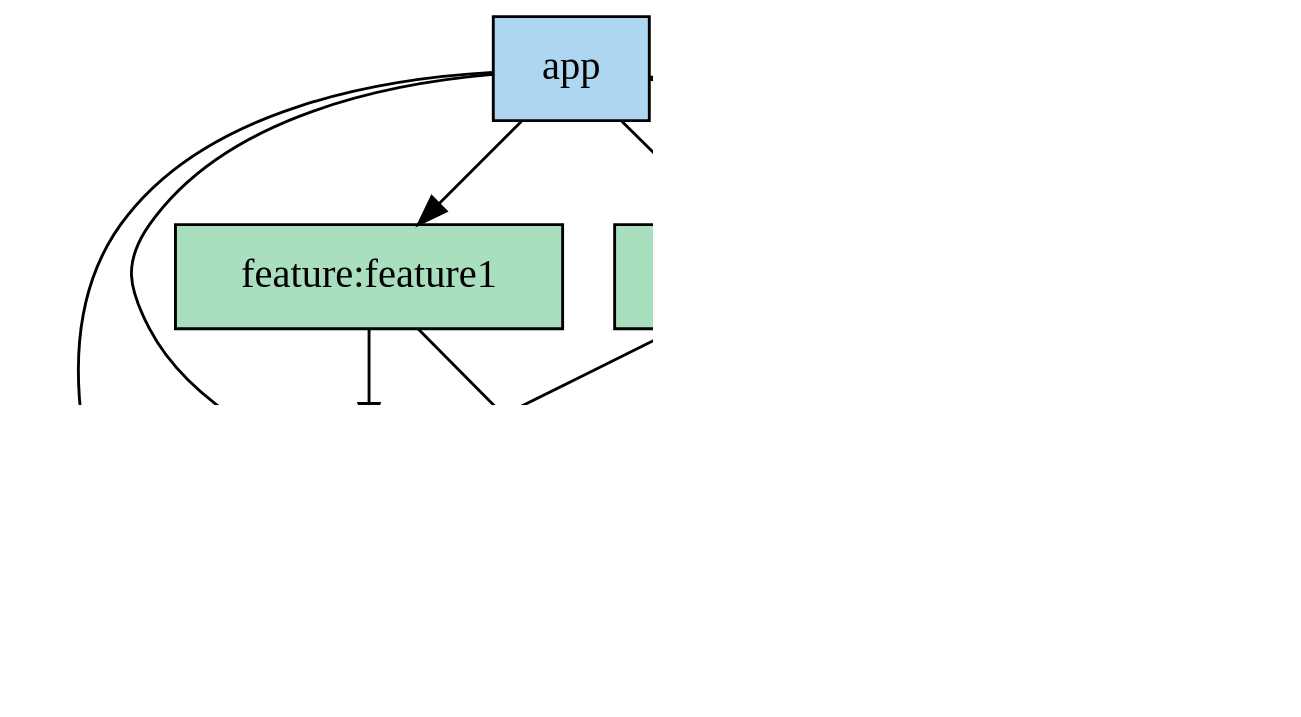
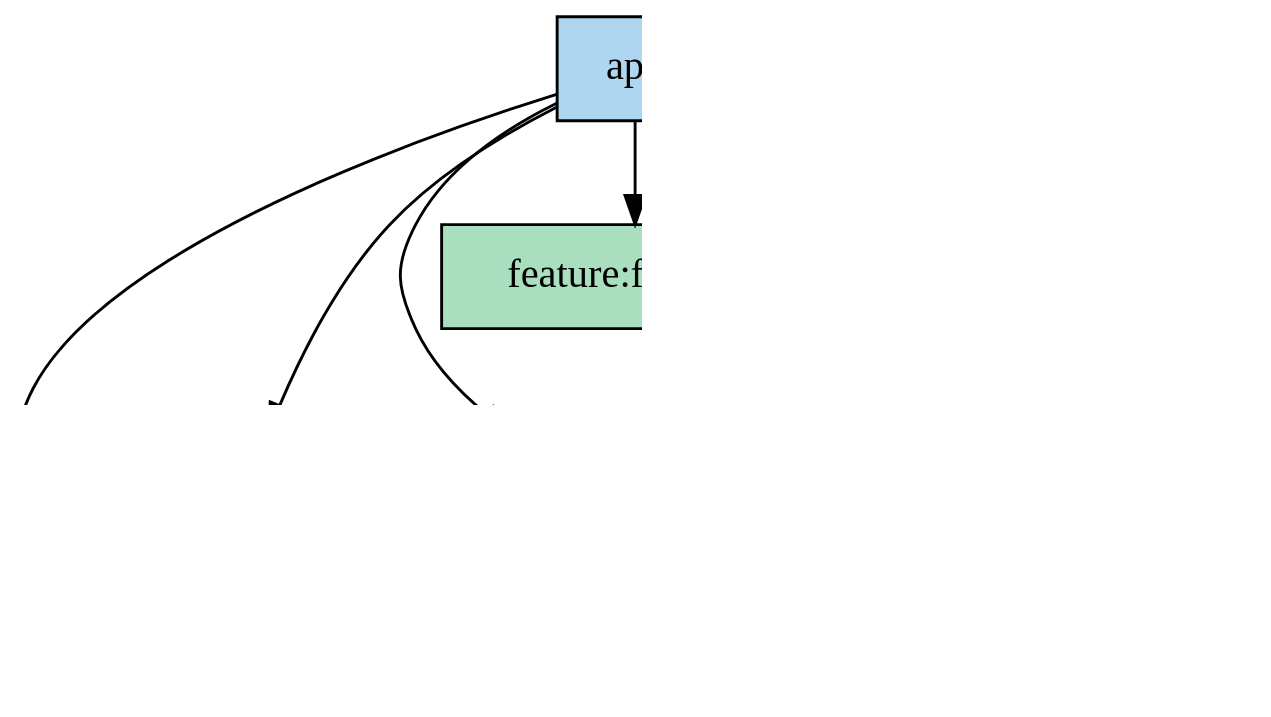
The diagram in docs/dependency-graph/modules.dot (soma17th-369/Laimory-android), drawn with Graphviz before and after one commit. The commit also changed 2 other files, not shown here.

```diff
--- a/docs/dependency-graph/modules.dot
+++ b/docs/dependency-graph/modules.dot
@@ -1,28 +1,31 @@
 digraph "modules" {
 edge ["dir"="forward"]
 graph ["dpi"="150" "rankdir"="TB"]
 node ["shape"="rectangle" "style"="filled"]
 
 "app" ["label"="app" "fillcolor"="#AED6F1"]
+"core-collection" ["label"="core:collection" "fillcolor"="#FAD7A0"]
 "core-common" ["label"="core:common" "fillcolor"="#FAD7A0"]
 "core-data" ["label"="core:data" "fillcolor"="#FAD7A0"]
 "core-domain" ["label"="core:domain" "fillcolor"="#D2B4DE"]
 "core-ui" ["label"="core:ui" "fillcolor"="#FAD7A0"]
 "feature-feature1" ["label"="feature:feature1" "fillcolor"="#A9DFBF"]
 "feature-home" ["label"="feature:home" "fillcolor"="#A9DFBF"]
 
 // edges
+"app" -> "core-collection"
 "app" -> "core-common"
 "app" -> "core-data"
 "app" -> "core-domain"
 "app" -> "core-ui"
 "app" -> "feature-feature1"
 "app" -> "feature-home"
+"core-collection" -> "core-domain"
 "core-data" -> "core-domain"
 "core-ui" -> "core-common"
 "core-ui" -> "core-domain"
 "feature-feature1" -> "core-domain"
 "feature-feature1" -> "core-ui"
 "feature-home" -> "core-domain"
 "feature-home" -> "core-ui"
 }
```
